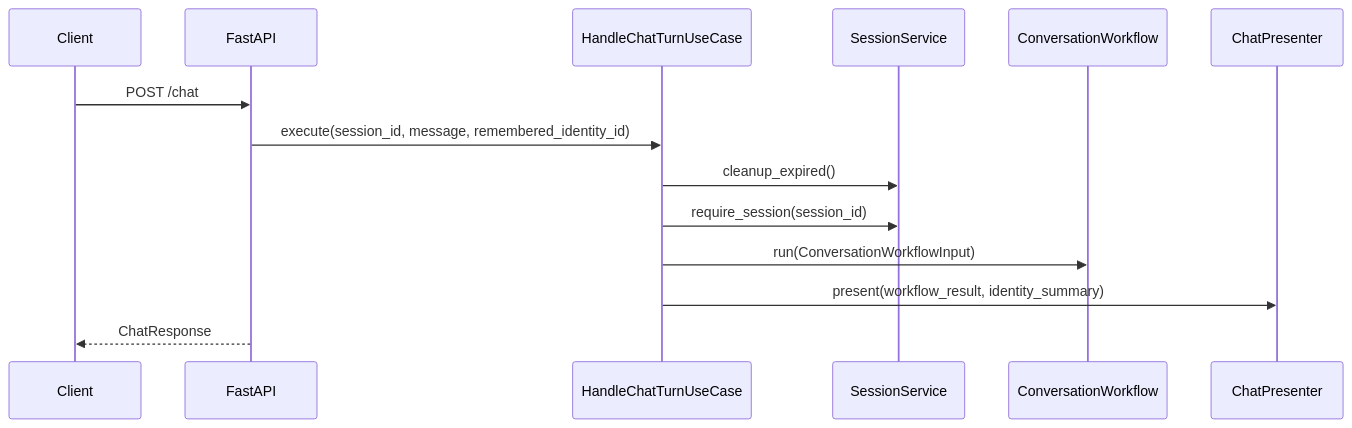
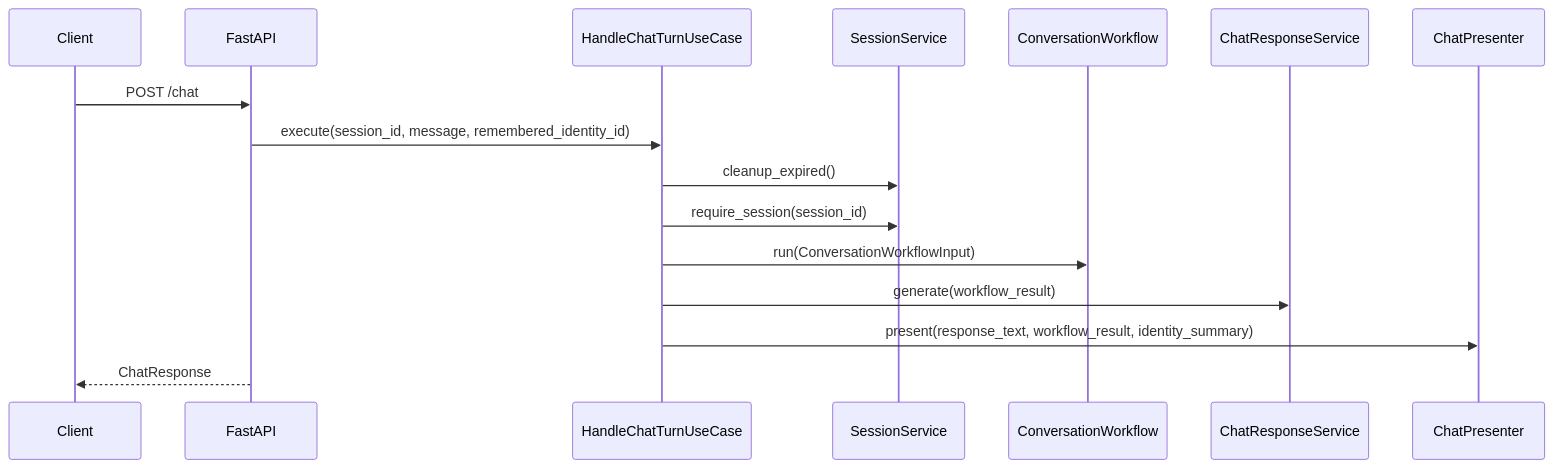
One commit to ktakanopy/appointment-bot changed the fourth of 4 diagrams in docs/architecture.md. Above: the diagram before and after it, drawn with Mermaid. The commit also changed other lines of this file and 25 other files, not shown here.

````diff
--- a/docs/architecture.md
+++ b/docs/architecture.md
@@ -157,17 +164,19 @@
 ```mermaid
 sequenceDiagram
     participant client as Client
     participant api as FastAPI
     participant uc as HandleChatTurnUseCase
     participant sessionSvc as SessionService
     participant workflow as ConversationWorkflow
+    participant responseSvc as ChatResponseService
     participant presenter as ChatPresenter
 
     client->>api: POST /chat
     api->>uc: execute(session_id, message, remembered_identity_id)
     uc->>sessionSvc: cleanup_expired()
     uc->>sessionSvc: require_session(session_id)
     uc->>workflow: run(ConversationWorkflowInput)
-    uc->>presenter: present(workflow_result, identity_summary)
+    uc->>responseSvc: generate(workflow_result)
+    uc->>presenter: present(response_text, workflow_result, identity_summary)
     api-->>client: ChatResponse
 ```
````
